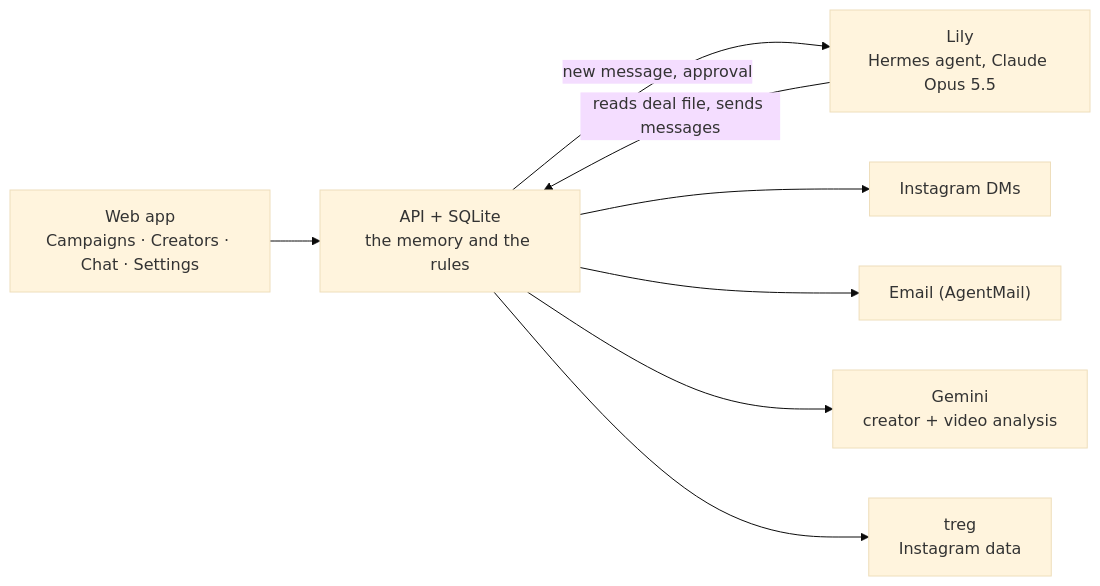
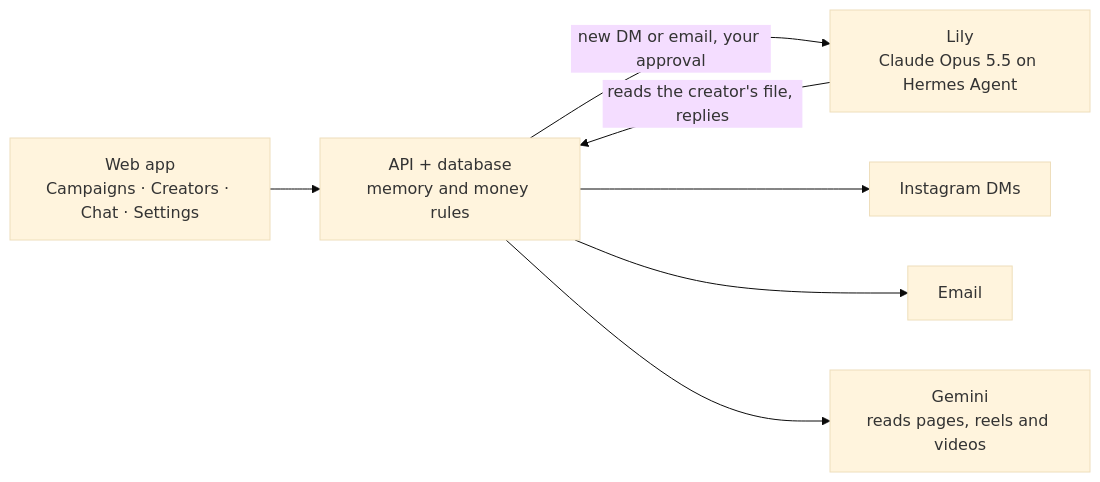
The diagram in README.md (tanushmahalka/lily), drawn with Mermaid (base theme) before and after one commit. The commit also changed other lines of this file, not shown here.

````diff
--- a/README.md
+++ b/README.md
@@ -126,10 +46,9 @@
 ```mermaid
 flowchart LR
-  UI["Web app<br/>Campaigns · Creators · Chat · Settings"] --> API["API + SQLite<br/>the memory and the rules"]
-  API -- "new message, approval" --> L["Lily<br/>Hermes agent, Claude Opus 5.5"]
-  L -- "reads deal file, sends messages" --> API
+  UI["Web app<br/>Campaigns · Creators · Chat · Settings"] --> API["API + database<br/>memory and money rules"]
+  API -- "new DM or email, your approval" --> L["Lily<br/>Claude Opus 5.5 on Hermes Agent"]
+  L -- "reads the creator's file, replies" --> API
   API --> IG["Instagram DMs"]
-  API --> EM["Email (AgentMail)"]
-  API --> AI["Gemini<br/>creator + video analysis"]
-  API --> T["treg<br/>Instagram data"]
+  API --> EM["Email"]
+  API --> G["Gemini<br/>reads pages, reels and videos"]
 ```
````
